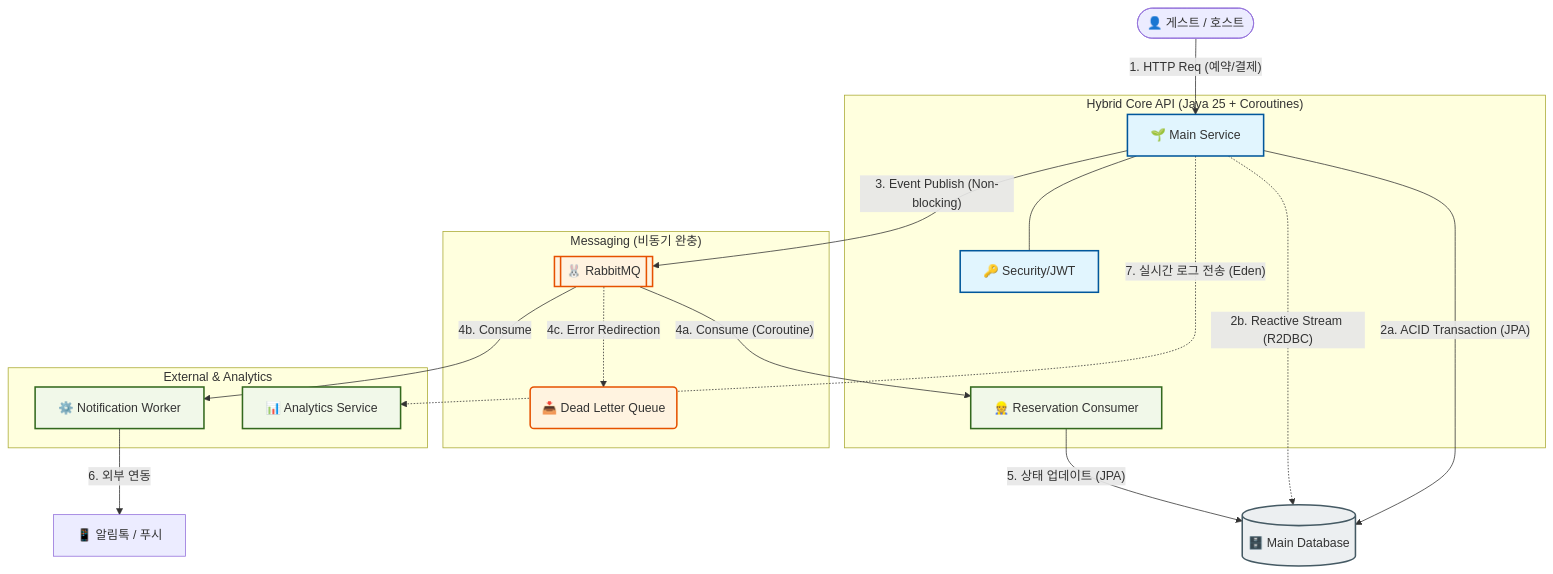
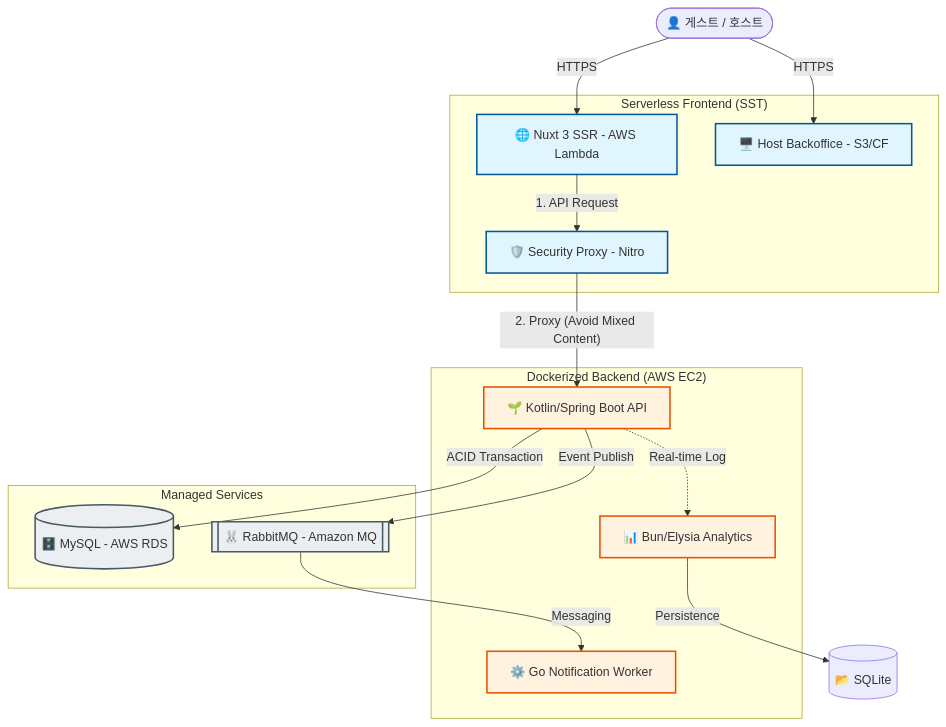
One commit to reha-design/Nextstay changed the diagram in README.md. Above: the diagram before and after it, drawn with Mermaid. The commit also changed other lines of this file, not shown here.

Commit message:
[ Docs ] 프로젝트 최종 클라우드 아키텍처 및 README 업데이트 완료

````diff
--- a/README.md
+++ b/README.md
@@ -22,57 +23,48 @@
 ```mermaid
 graph TD
     %% 사용자 영역
     User([👤 게스트 / 호스트])
 
-    %% 최전선 보호막 (Hybrid Core API)
-    subgraph Core ["Hybrid Core API (Java 25 + Coroutines)"]
-        API[🌱 Main Service]
-        Auth[🔑 Security/JWT]
-        Consumer[👷 Reservation Consumer]
+    %% 프론트엔드 인프라 (SST / AWS)
+    subgraph Frontend ["Serverless Frontend (SST)"]
+        NuxtSSR[🌐 Nuxt 3 SSR - AWS Lambda]
+        ViteCSR[🖥️ Host Backoffice - S3/CF]
+        Proxy[🛡️ Security Proxy - Nitro]
     end
 
-    %% 메시지 브로커 (완충 지대)
-    subgraph Messaging ["Messaging (비동기 완충)"]
-        MQ[[🐰 RabbitMQ]]
-        DLQ(📥 Dead Letter Queue)
+    %% 백엔드 및 마이크로서비스 (EC2)
+    subgraph Backend ["Dockerized Backend (AWS EC2)"]
+        API[🌱 Kotlin/Spring Boot API]
+        Elysia[📊 Bun/Elysia Analytics]
+        Worker[⚙️ Go Notification Worker]
     end
 
-    %% 백그라운드 처리 및 타 서비스
-    subgraph External ["External & Analytics"]
-        GoWorker[⚙️ Notification Worker]
-        Analytics[📊 Analytics Service]
+    %% 인프라 서비스 (Managed)
+    subgraph Managed ["Managed Services"]
+        RDS[(🗄️ MySQL - AWS RDS)]
+        MQ[[🐰 RabbitMQ - Amazon MQ]]
     end
 
-    %% 데이터 저장소
-    DB[(🗄️ Main Database)]
-
     %% 흐름 연결
-    User -- "1. HTTP Req (예약/결제)" --> API
-    API --- Auth
-    API -- "2a. ACID Transaction (JPA)" --> DB
-    API -. "2b. Reactive Stream (R2DBC)" .-> DB
+    User -- "HTTPS" --> NuxtSSR
+    User -- "HTTPS" --> ViteCSR
     
-    %% RabbitMQ 발행
-    API -- "3. Event Publish (Non-blocking)" --> MQ
+    NuxtSSR -- "1. API Request" --> Proxy
+    Proxy -- "2. Proxy (Avoid Mixed Content)" --> API
     
-    %% RabbitMQ 구독 및 소비
-    MQ -- "4a. Consume (Coroutine)" --> Consumer
-    MQ -- "4b. Consume" --> GoWorker
-    MQ -. "4c. Error Redirection" .-> DLQ
+    API -- "ACID Transaction" --> RDS
+    API -- "Event Publish" --> MQ
     
-    %% 후속 작업
-    Consumer -- "5. 상태 업데이트 (JPA)" --> DB
-    GoWorker -- "6. 외부 연동" --> SMS["📱 알림톡 / 푸시"]
-    API -. "7. 실시간 로그 전송 (Eden)" .-> Analytics
+    MQ -- "Messaging" --> Worker
+    API -. "Real-time Log" .-> Elysia
+    Elysia -- "Persistence" --> SQLite[(📂 SQLite)]
 
     %% 스타일링
-    classDef frontline fill:#e1f5fe,stroke:#01579b,stroke-width:2px;
-    classDef broker fill:#fff3e0,stroke:#e65100,stroke-width:2px;
-    classDef worker fill:#f1f8e9,stroke:#33691e,stroke-width:2px;
+    classDef cloud fill:#e1f5fe,stroke:#01579b,stroke-width:2px;
+    classDef edge fill:#fff3e0,stroke:#e65100,stroke-width:2px;
     classDef storage fill:#eceff1,stroke:#455a64,stroke-width:2px;
     
-    class API,Auth frontline;
-    class MQ,DLQ broker;
-    class Consumer,GoWorker,Analytics worker;
-    class DB storage;
+    class NuxtSSR,ViteCSR,Proxy cloud;
+    class API,Elysia,Worker edge;
+    class RDS,MQ storage;
 ```
````
